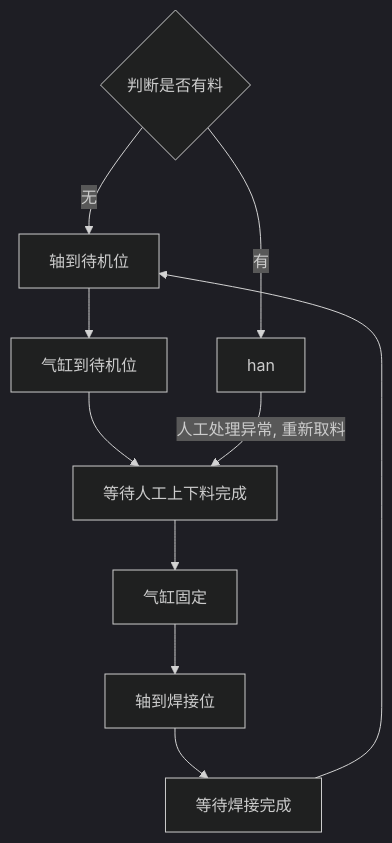
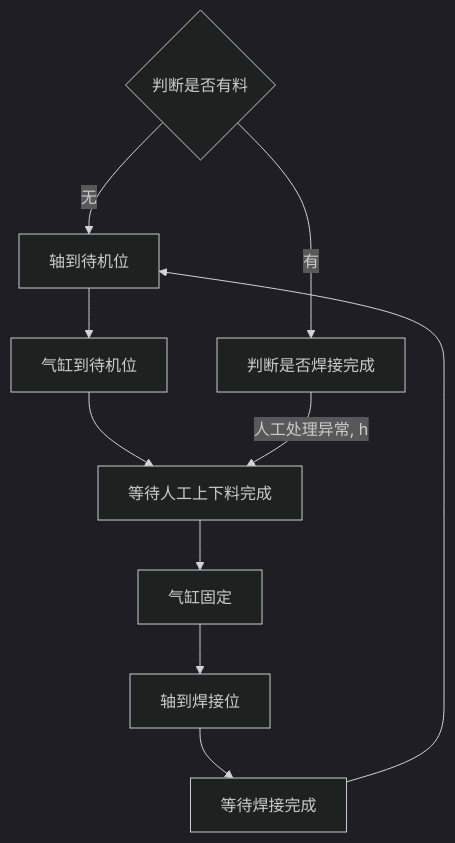
The diagram in all/OP10 上料工位自动流程.md (PengKun1/iodraw-files), drawn with Mermaid (dark theme) before and after one commit.

Commit message:
2024-08-02 11:04:09 update

````diff
--- a/all/OP10 上料工位自动流程.md
+++ b/all/OP10 上料工位自动流程.md
@@ -1,14 +1,14 @@
 ```mermaid
 graph TD
 10{判断是否有料}-->|无|20
 10-->|有|900
 20[轴到待机位]-->30
 30[气缸到待机位]-->40
 40[等待人工上下料完成]-->50
 50[气缸固定]-->60
 60[轴到焊接位]-->70
 70[等待焊接完成]-->20
 
 
-900[han]-->|人工处理异常, 重新取料|40
+900[判断是否焊接完成]-->|人工处理异常, h|40
 ```
````
